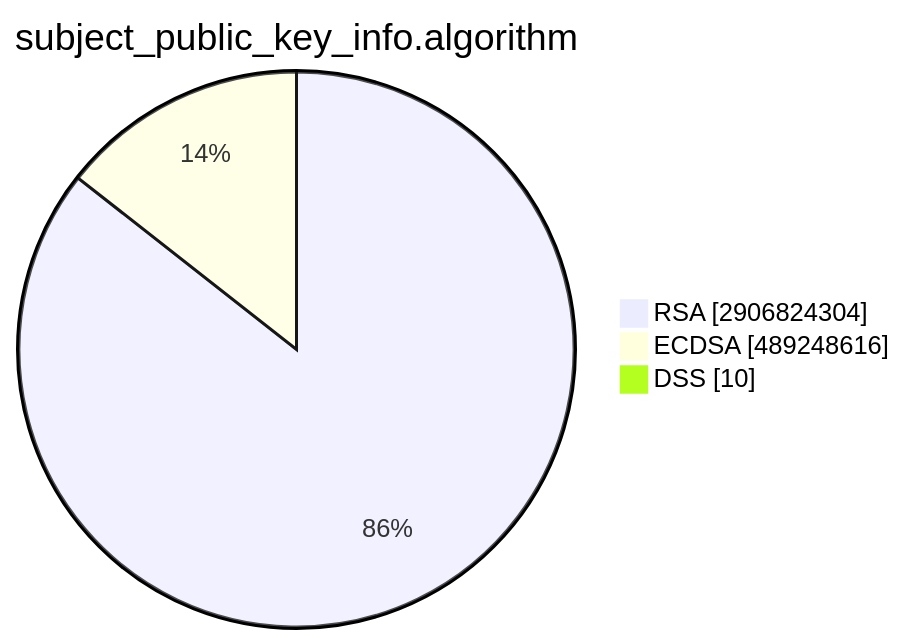
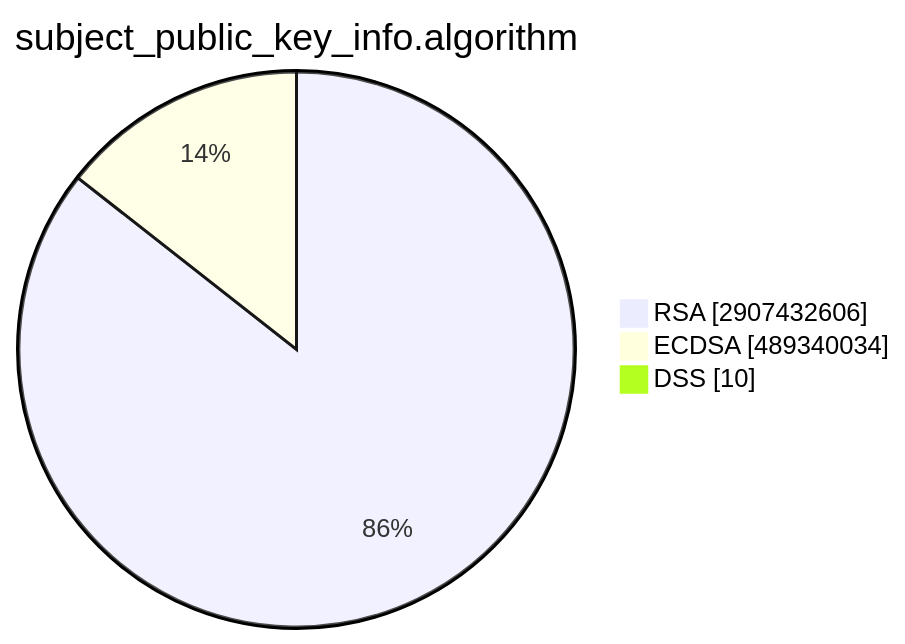
Before and after one commit to christiankrug/ctmonitor_visualization: the second of 15 diagrams in TOTAL/README.md, drawn with Mermaid. The commit also changed other lines of this file, not shown here.

````diff
--- a/TOTAL/README.md
+++ b/TOTAL/README.md
@@ -6,7 +6,7 @@
 ```mermaid
 pie showData
 title subject_public_key_info.algorithm
-"RSA" :2906824304
-"ECDSA" :489248616
+"RSA" :2907432606
+"ECDSA" :489340034
 "DSS" :10
 ```
````
